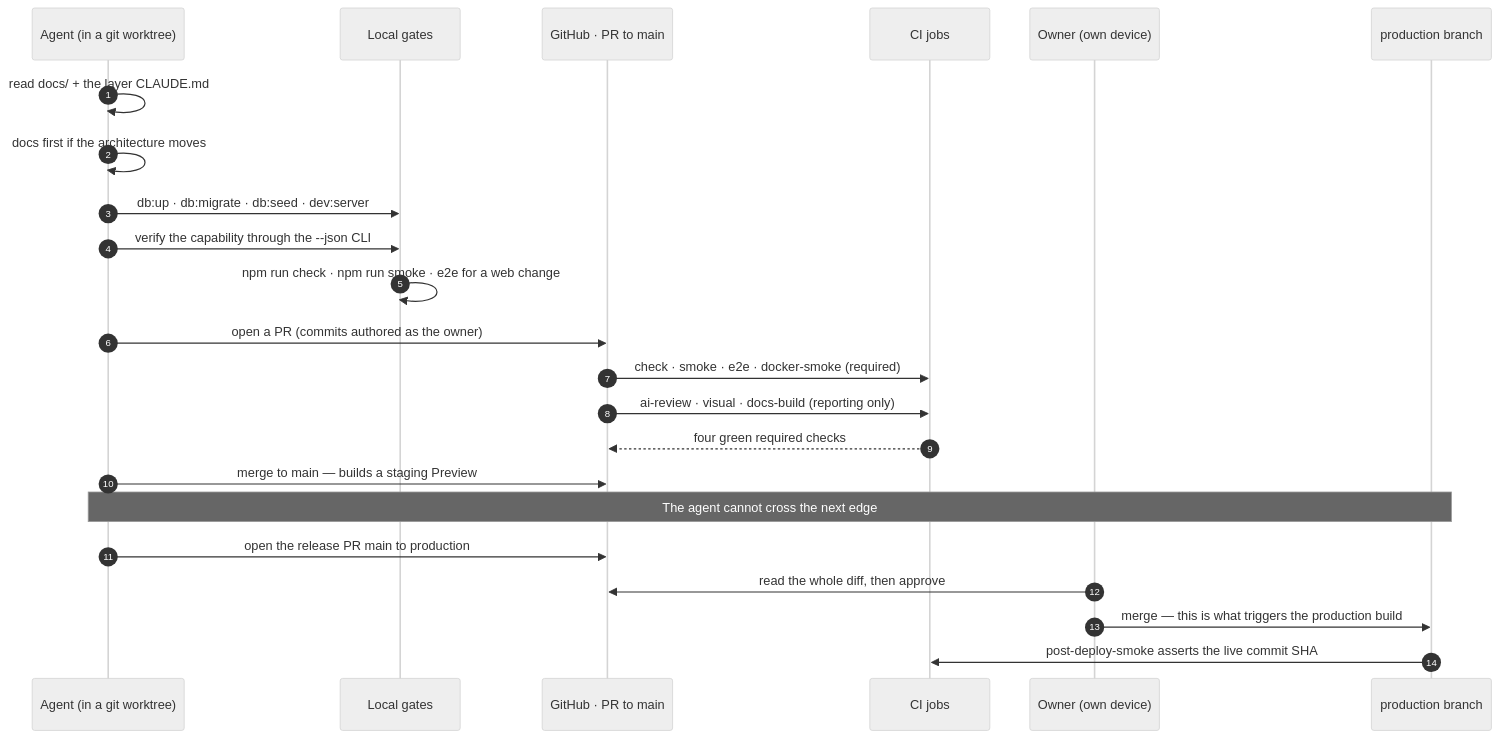
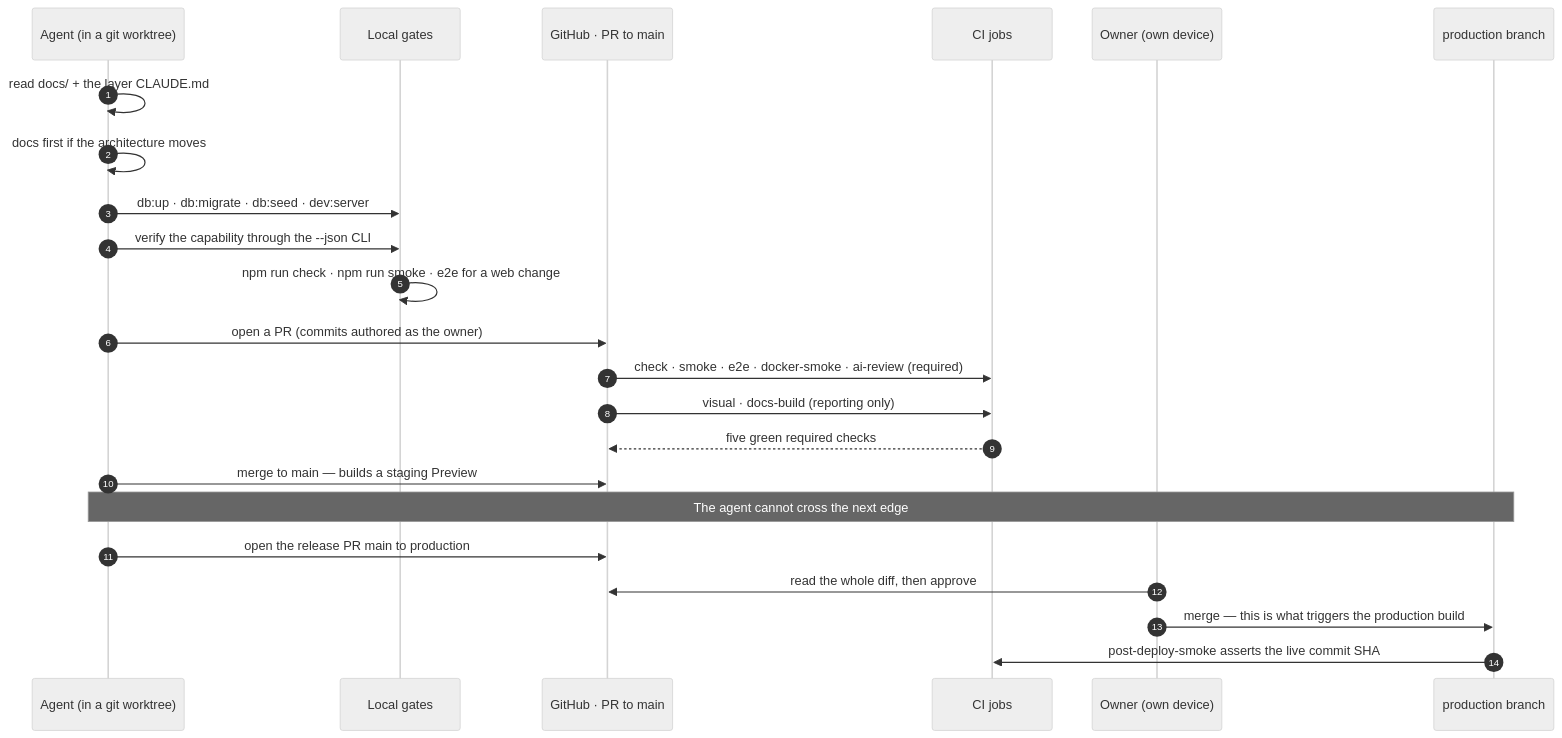
Before and after one commit to chomamateusz/agentproofarch: the first of 2 diagrams in website/docs/guides/agent-workflow.md, drawn with Mermaid (neutral theme). The commit also changed other lines of this file and 7 other files, not shown here.

````diff
--- a/website/docs/guides/agent-workflow.md
+++ b/website/docs/guides/agent-workflow.md
@@ -43,26 +43,26 @@
 ```mermaid
 sequenceDiagram
     autonumber
     participant Agent as Agent (in a git worktree)
     participant Local as Local gates
     participant GH as GitHub · PR to main
     participant CI as CI jobs
     participant Owner as Owner (own device)
     participant Prod as production branch
 
     Agent->>Agent: read docs/ + the layer CLAUDE.md
     Agent->>Agent: docs first if the architecture moves
     Agent->>Local: db:up · db:migrate · db:seed · dev:server
     Agent->>Local: verify the capability through the --json CLI
     Local->>Local: npm run check · npm run smoke · e2e for a web change
     Agent->>GH: open a PR (commits authored as the owner)
-    GH->>CI: check · smoke · e2e · docker-smoke (required)
-    GH->>CI: ai-review · visual · docs-build (reporting only)
-    CI-->>GH: four green required checks
+    GH->>CI: check · smoke · e2e · docker-smoke · ai-review (required)
+    GH->>CI: visual · docs-build (reporting only)
+    CI-->>GH: five green required checks
     Agent->>GH: merge to main — builds a staging Preview
     Note over Agent,Prod: The agent cannot cross the next edge
     Agent->>GH: open the release PR main to production
     Owner->>GH: read the whole diff, then approve
     Owner->>Prod: merge — this is what triggers the production build
     Prod->>CI: post-deploy-smoke asserts the live commit SHA
 ```
````
